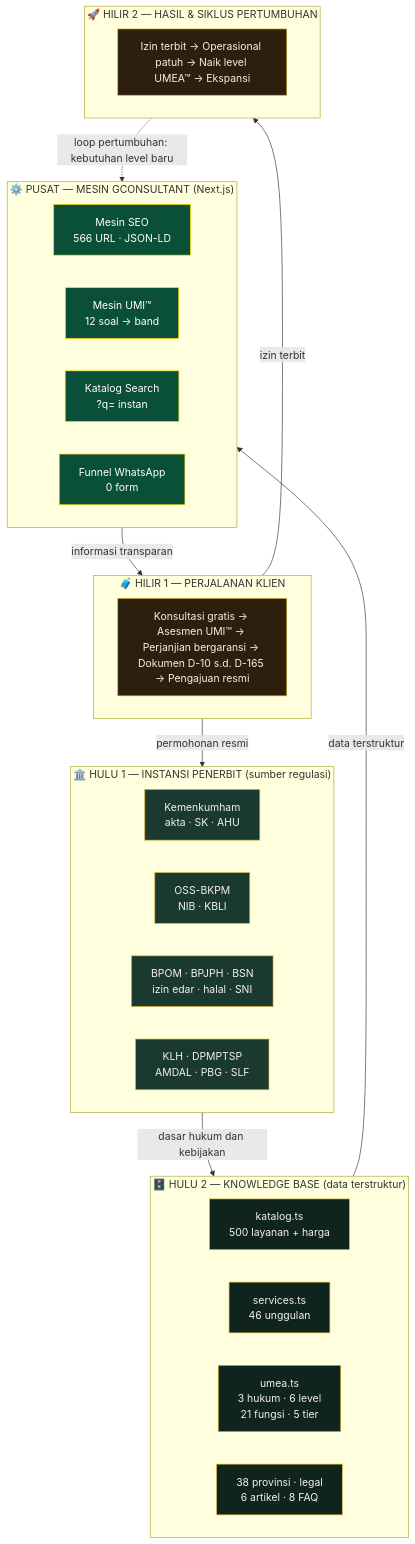
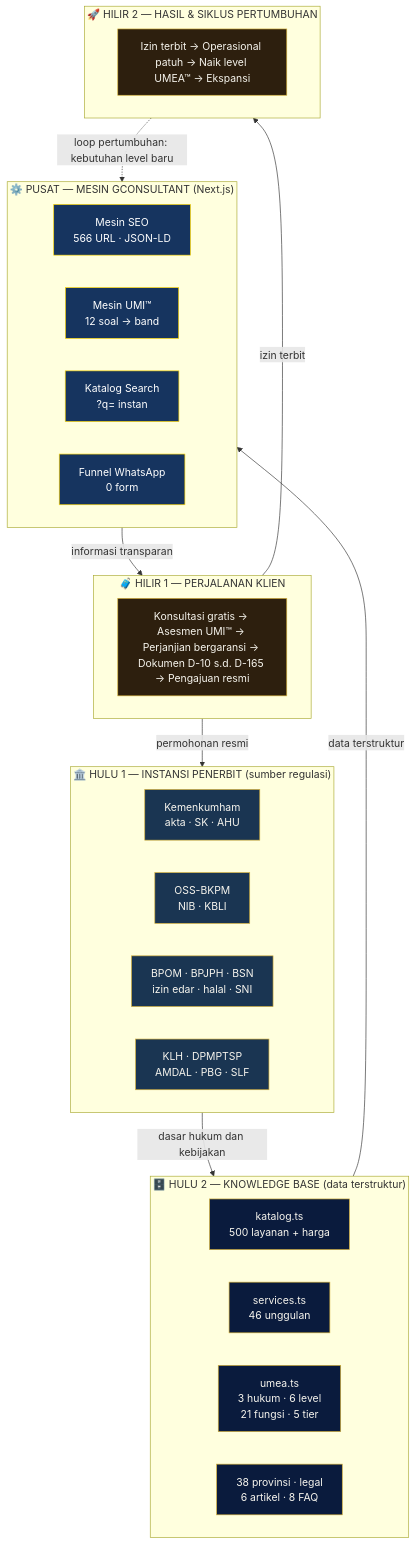
Before and after one commit to gunaracorp/gunaraconsultant: the first of 10 diagrams in README.md, drawn with Mermaid. The commit also changed other lines of this file and 33 other files, not shown here.

````diff
--- a/README.md
+++ b/README.md
@@ -82,50 +82,50 @@
 ```mermaid
 flowchart TB
     subgraph H1["🏛️ HULU 1 — INSTANSI PENERBIT (sumber regulasi)"]
         direction LR
         A1["Kemenkumham<br/>akta · SK · AHU"]
         A2["OSS-BKPM<br/>NIB · KBLI"]
         A3["BPOM · BPJPH · BSN<br/>izin edar · halal · SNI"]
         A4["KLH · DPMPTSP<br/>AMDAL · PBG · SLF"]
     end
 
     subgraph H2["🗄️ HULU 2 — KNOWLEDGE BASE (data terstruktur)"]
         direction LR
         B1["katalog.ts<br/>500 layanan + harga"]
         B2["services.ts<br/>46 unggulan"]
         B3["umea.ts<br/>3 hukum · 6 level<br/>21 fungsi · 5 tier"]
         B4["38 provinsi · legal<br/>6 artikel · 8 FAQ"]
     end
 
     subgraph P["⚙️ PUSAT — MESIN GCONSULTANT (Next.js)"]
         direction LR
         C1["Mesin SEO<br/>566 URL · JSON-LD"]
         C2["Mesin UMI™<br/>12 soal → band"]
         C3["Katalog Search<br/>?q= instan"]
         C4["Funnel WhatsApp<br/>0 form"]
     end
 
     subgraph D1["🧳 HILIR 1 — PERJALANAN KLIEN"]
         D["Konsultasi gratis → Asesmen UMI™ → Perjanjian bergaransi → Dokumen D-10 s.d. D-165 → Pengajuan resmi"]
     end
 
     subgraph D2["🚀 HILIR 2 — HASIL & SIKLUS PERTUMBUHAN"]
         E["Izin terbit → Operasional patuh → Naik level UMEA™ → Ekspansi"]
     end
 
     H1 -->|"dasar hukum dan kebijakan"| H2
     H2 -->|"data terstruktur"| P
     P -->|"informasi transparan"| D1
     D1 -->|"permohonan resmi"| H1
     D1 -->|"izin terbit"| D2
     D2 -.->|"loop pertumbuhan: kebutuhan level baru"| P
 
-    classDef instansi fill:#1a3a2f,stroke:#d4af37,color:#f5f0e6
-    classDef data fill:#0f241d,stroke:#d4af37,color:#f5f0e6
-    classDef engine fill:#0a4f38,stroke:#ffd700,color:#ffffff
-    classDef hilir fill:#2d1f0e,stroke:#d4af37,color:#f5f0e6
+    classDef instansi fill:#1a3552,stroke:#d4af37,color:#f7f5ee
+    classDef data fill:#0a1b3d,stroke:#d4af37,color:#f7f5ee
+    classDef engine fill:#16345f,stroke:#ffd700,color:#ffffff
+    classDef hilir fill:#2d1f0e,stroke:#d4af37,color:#f7f5ee
     class A1,A2,A3,A4 instansi
     class B1,B2,B3,B4 data
     class C1,C2,C3,C4 engine
     class D,E hilir
 ```
````
